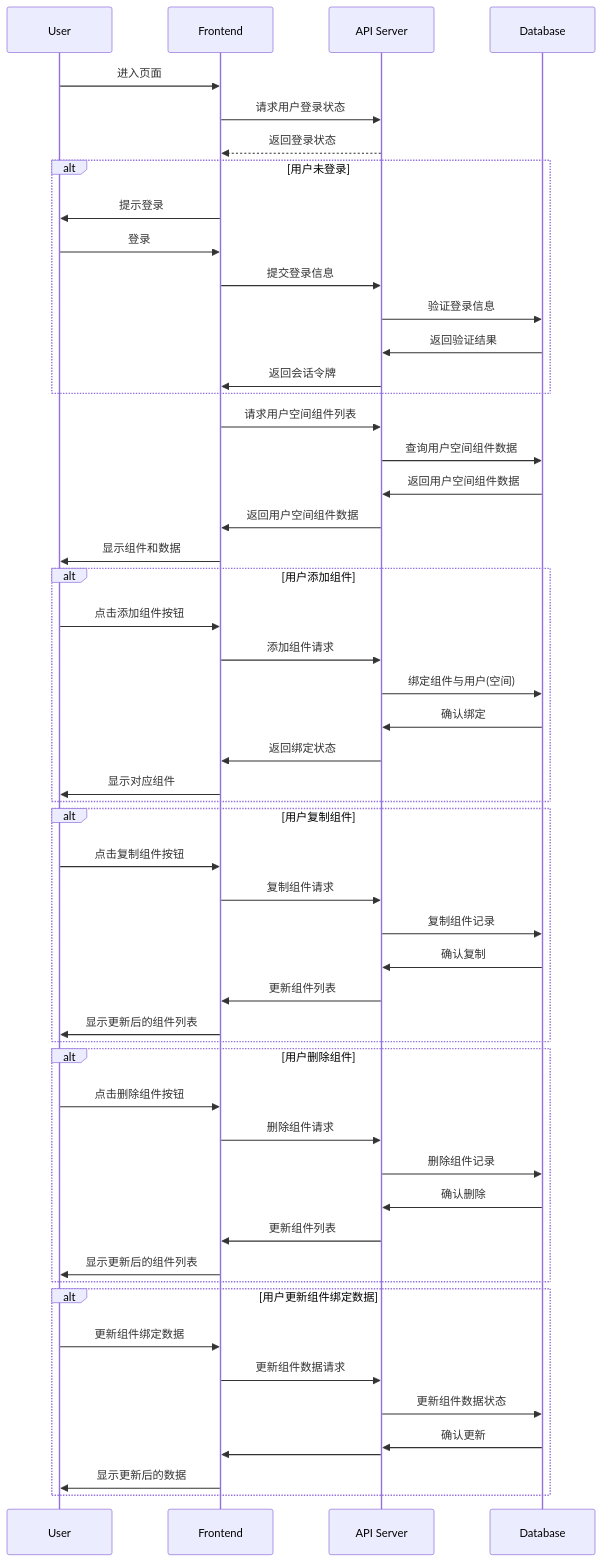
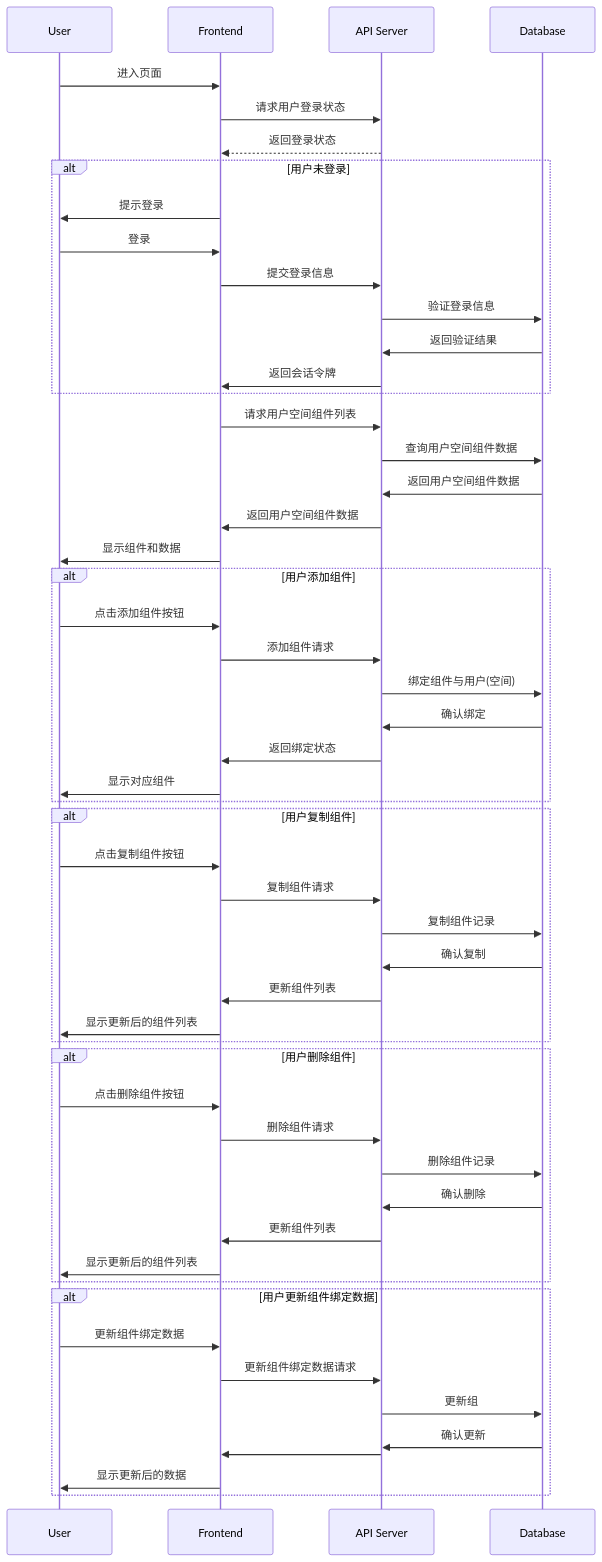
One commit to yingjianzh/iodraw-files changed the diagram in all/未命名-7.md. Above: the diagram before and after it, drawn with Mermaid.

Commit message:
2024-10-09 10:29:08 update

````diff
--- a/all/未命名-7.md
+++ b/all/未命名-7.md
@@ -1,62 +1,62 @@
 ```mermaid
 sequenceDiagram
     participant User
     participant Frontend
     participant API Server
     participant Database
 
     User->>Frontend: 进入页面
     Frontend->>API Server: 请求用户登录状态
     API Server-->>Frontend: 返回登录状态
     alt 用户未登录
         Frontend->>User: 提示登录
         User->>Frontend: 登录
         Frontend->>API Server: 提交登录信息
         API Server->>Database: 验证登录信息
         Database->>API Server: 返回验证结果
         API Server->>Frontend: 返回会话令牌
     end
 
     Frontend->>API Server: 请求用户空间组件列表
     API Server->>Database: 查询用户空间组件数据
     Database->>API Server: 返回用户空间组件数据
     API Server->>Frontend: 返回用户空间组件数据
     Frontend->>User: 显示组件和数据
 
     alt 用户添加组件
         User->>Frontend: 点击添加组件按钮
         Frontend->>API Server: 添加组件请求
         API Server->>Database: 绑定组件与用户(空间)
         Database->>API Server: 确认绑定
         API Server->>Frontend: 返回绑定状态
         Frontend->>User: 显示对应组件
     end
 
     alt 用户复制组件
         User->>Frontend: 点击复制组件按钮
         Frontend->>API Server: 复制组件请求
         API Server->>Database: 复制组件记录
         Database->>API Server: 确认复制
         API Server->>Frontend: 更新组件列表
         Frontend->>User: 显示更新后的组件列表
     end
 
     alt 用户删除组件
         User->>Frontend: 点击删除组件按钮
         Frontend->>API Server: 删除组件请求
         API Server->>Database: 删除组件记录
         Database->>API Server: 确认删除
         API Server->>Frontend: 更新组件列表
         Frontend->>User: 显示更新后的组件列表
     end
 
     alt 用户更新组件绑定数据
         User->>Frontend: 更新组件绑定数据
-        Frontend->>API Server: 更新组件数据请求
-        API Server->>Database: 更新组件数据状态
+        Frontend->>API Server: 更新组件绑定数据请求
+        API Server->>Database: 更新组
         Database->>API Server: 确认更新
         API Server->>Frontend: 
         Frontend->>User: 显示更新后的数据
     end
 
 ```
````
